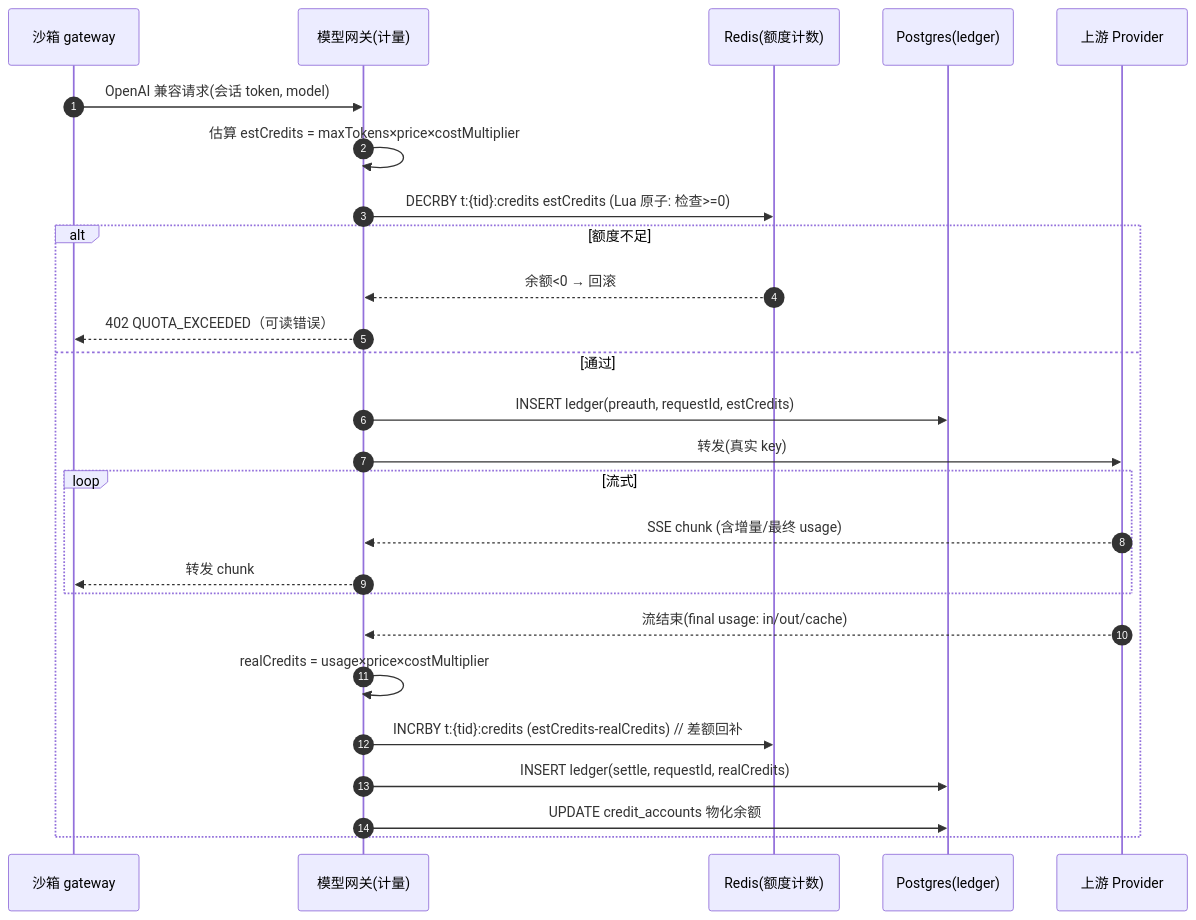
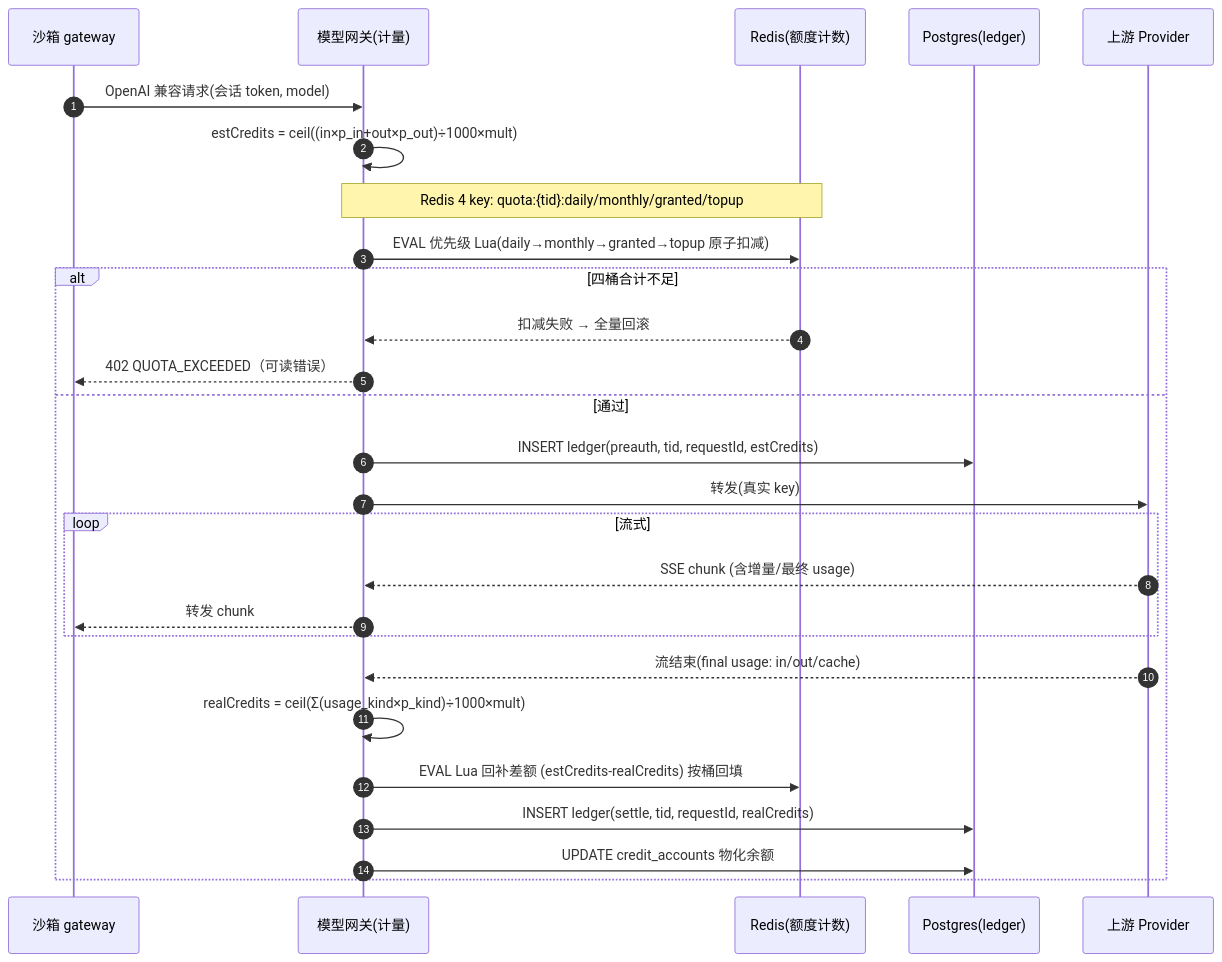
One commit to edward-ng-duke/LobsterAI changed the sixth of 8 diagrams in 改造计划/09-模型代理与计费.md. Above: the diagram before and after it, drawn with Mermaid. The commit also changed other lines of this file and 22 other files, not shown here.

````diff
--- a/改造计划/09-模型代理与计费.md
+++ b/改造计划/09-模型代理与计费.md
@@ -331,29 +406,30 @@
 ```mermaid
 sequenceDiagram
   autonumber
   participant POD as 沙箱 gateway
   participant MGW as 模型网关(计量)
   participant RD as Redis(额度计数)
   participant PG as Postgres(ledger)
   participant UP as 上游 Provider
 
   POD->>MGW: OpenAI 兼容请求(会话 token, model)
-  MGW->>MGW: 估算 estCredits = maxTokens×price×costMultiplier
-  MGW->>RD: DECRBY t:{tid}:credits estCredits (Lua 原子: 检查>=0)
-  alt 额度不足
-    RD-->>MGW: 余额<0 → 回滚
+  MGW->>MGW: estCredits = ceil((in×p_in+out×p_out)÷1000×mult)
+  Note over MGW,RD: Redis 4 key: quota:{tid}:daily/monthly/granted/topup
+  MGW->>RD: EVAL 优先级 Lua(daily→monthly→granted→topup 原子扣减)
+  alt 四桶合计不足
+    RD-->>MGW: 扣减失败 → 全量回滚
     MGW-->>POD: 402 QUOTA_EXCEEDED（可读错误）
   else 通过
-    MGW->>PG: INSERT ledger(preauth, requestId, estCredits)
+    MGW->>PG: INSERT ledger(preauth, tid, requestId, estCredits)
     MGW->>UP: 转发(真实 key)
     loop 流式
       UP-->>MGW: SSE chunk (含增量/最终 usage)
       MGW-->>POD: 转发 chunk
     end
     UP-->>MGW: 流结束(final usage: in/out/cache)
-    MGW->>MGW: realCredits = usage×price×costMultiplier
-    MGW->>RD: INCRBY t:{tid}:credits (estCredits-realCredits)  // 差额回补
-    MGW->>PG: INSERT ledger(settle, requestId, realCredits)
+    MGW->>MGW: realCredits = ceil(Σ(usage_kind×p_kind)÷1000×mult)
+    MGW->>RD: EVAL Lua 回补差额 (estCredits-realCredits) 按桶回填
+    MGW->>PG: INSERT ledger(settle, tid, requestId, realCredits)
     MGW->>PG: UPDATE credit_accounts 物化余额
   end
 ```
````
